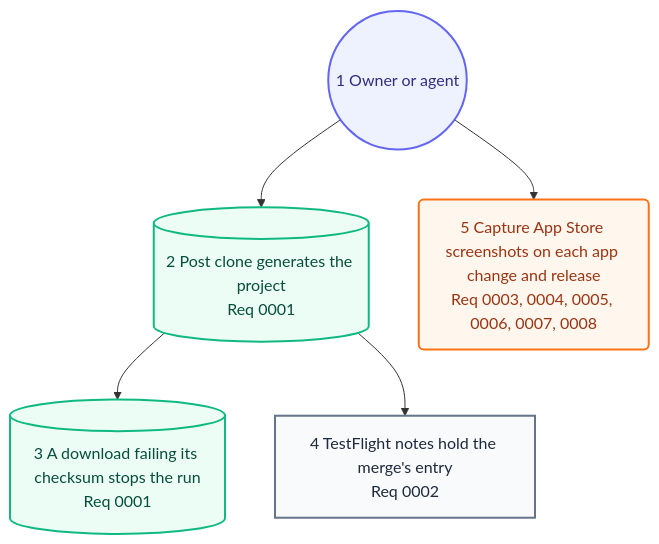
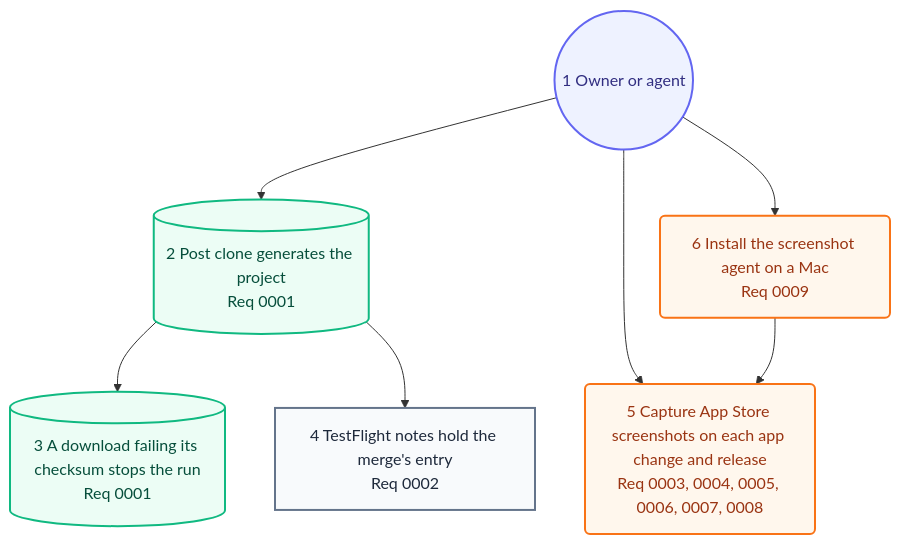
Before and after one commit to may-journal/xcode-tooling: the second of 2 diagrams in docs/architecture/05-user-journey.md, drawn with Mermaid. The commit also changed other lines of this file and 4 other files, not shown here.

First line of the commit message:
fix(screenshots): install the agent on a Mac with no LaunchAgents folder (#51)

````diff
--- a/docs/architecture/05-user-journey.md
+++ b/docs/architecture/05-user-journey.md
@@ -32,18 +32,21 @@
 ```mermaid
 flowchart TB
     owner((1 Owner or agent)):::persona
     clone[(2 Post clone generates the project<br/>Req 0001)]:::system
     mismatch[(3 A download failing its checksum stops the run<br/>Req 0001)]:::system
     notes[4 TestFlight notes hold the merge's entry<br/>Req 0002]:::screen
     shots(5 Capture App Store screenshots on each app change and release<br/>Req 0003, 0004, 0005, 0006, 0007, 0008):::action
 
     owner --> clone
     clone --> mismatch
     clone --> notes
     owner --> shots
+    install(6 Install the screenshot agent on a Mac<br/>Req 0009):::action
+    owner --> install
+    install --> shots
 
     classDef persona fill:#eef2ff,stroke:#6366f1,color:#312e81,stroke-width:2px
     classDef screen fill:#f8fafc,stroke:#64748b,color:#1e293b,stroke-width:2px
     classDef action fill:#fff7ed,stroke:#f97316,color:#9a3412,stroke-width:2px
     classDef system fill:#ecfdf5,stroke:#10b981,color:#064e3b,stroke-width:2px
 ```
````
